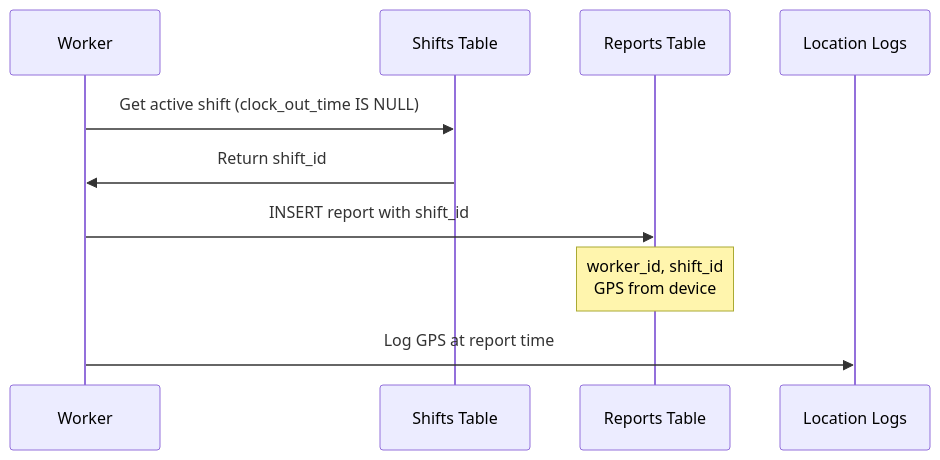
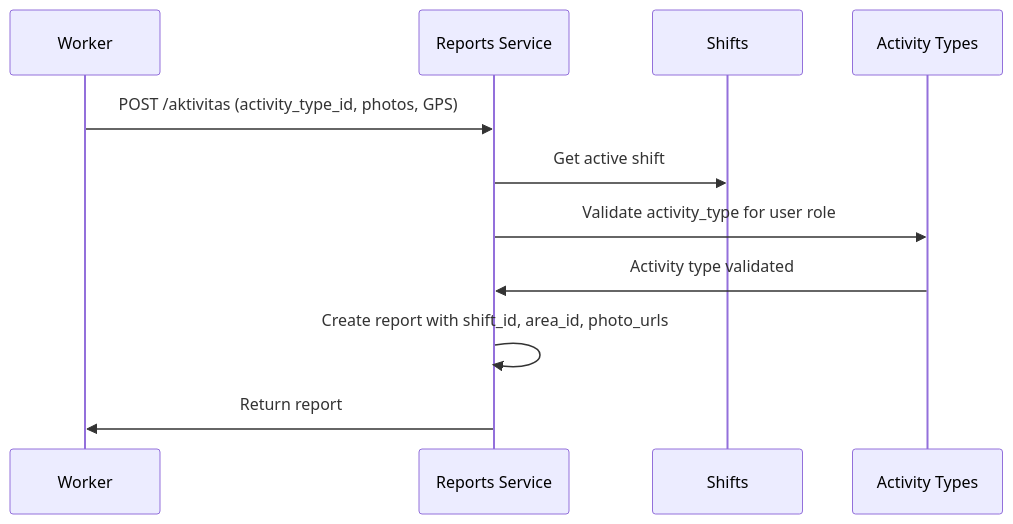
The eighth of 9 diagrams in specs/database/erd.md (dlhsby/sekar), drawn with Mermaid before and after one commit. The commit also changed other lines of this file and 24 other files, not shown here.

````diff
--- a/specs/database/erd.md
+++ b/specs/database/erd.md
@@ -628,13 +557,14 @@
 ```mermaid
 sequenceDiagram
     participant W as Worker
-    participant S as Shifts Table
-    participant R as Reports Table
-    participant LL as Location Logs
+    participant R as Reports Service
+    participant S as Shifts
+    participant AT as Activity Types
 
-    W->>S: Get active shift (clock_out_time IS NULL)
-    S->>W: Return shift_id
-    W->>R: INSERT report with shift_id
-    Note over R: worker_id, shift_id<br/>GPS from device
-    W->>LL: Log GPS at report time
+    W->>R: POST /aktivitas (activity_type_id, photos, GPS)
+    R->>S: Get active shift
+    R->>AT: Validate activity_type for user role
+    AT->>R: Activity type validated
+    R->>R: Create report with shift_id, area_id, photo_urls
+    R->>W: Return report
 ```
````
